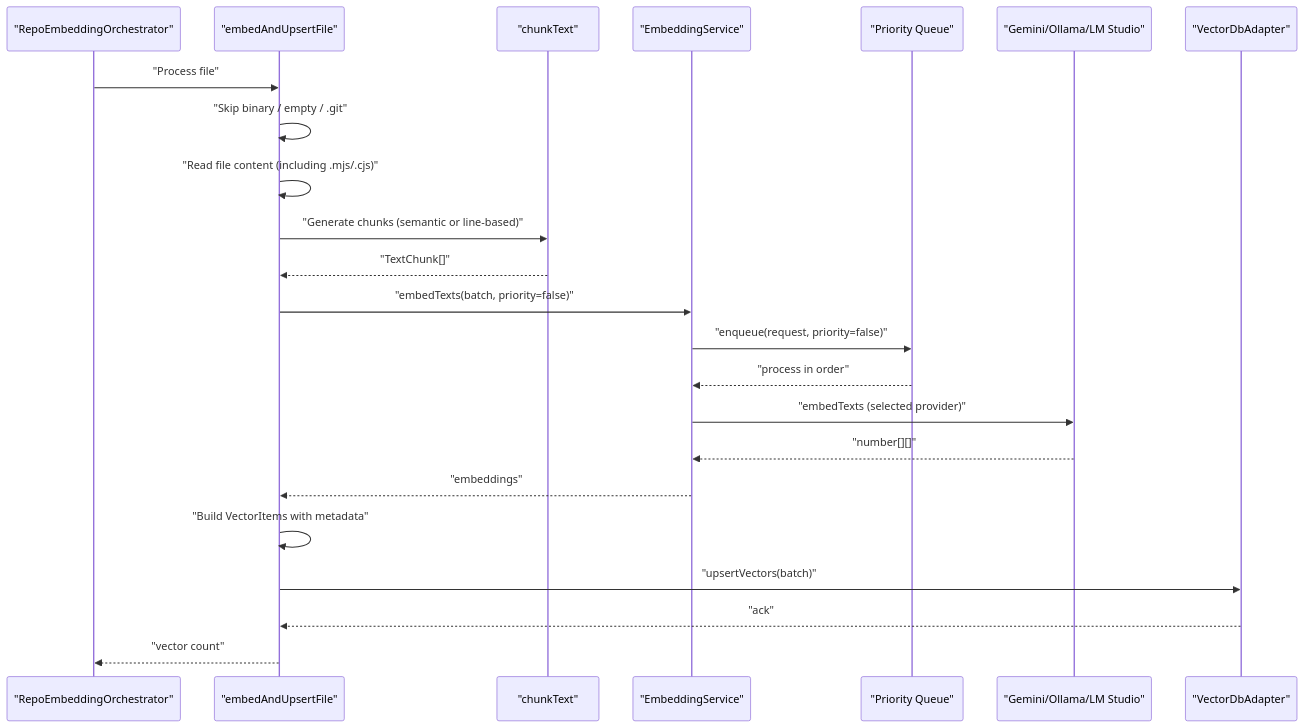
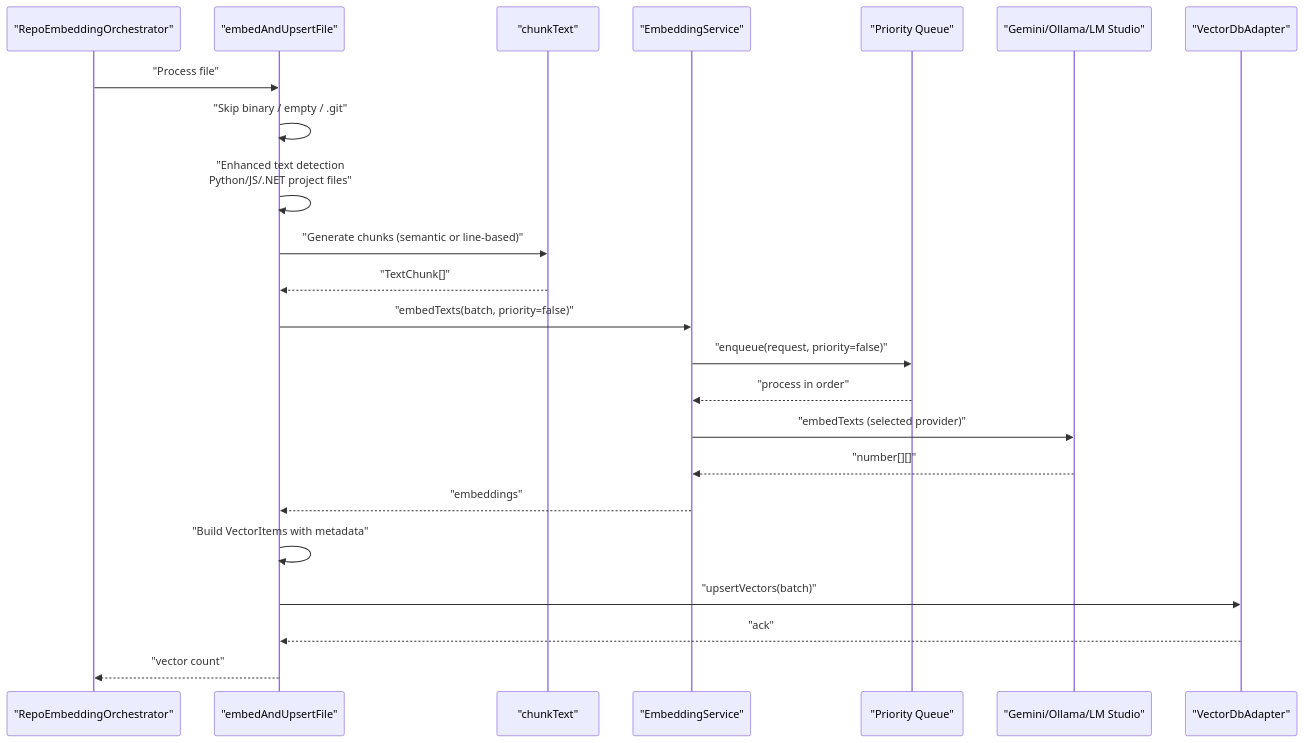
One commit to bramburn/repomix-runner changed the second of 9 diagrams in .qoder/repowiki/en/content/Indexing and Search System/File Embedding Pipeline.md. Above: the diagram before and after it, drawn with Mermaid. The commit also changed other lines of this file and 41 other files, not shown here.

````diff
--- a/.qoder/repowiki/en/content/Indexing and Search System/File Embedding Pipeline.md
+++ b/.qoder/repowiki/en/content/Indexing and Search System/File Embedding Pipeline.md
@@ -181,25 +172,25 @@
 ```mermaid
 sequenceDiagram
 participant Orchestrator as "RepoEmbeddingOrchestrator"
 participant Pipeline as "embedAndUpsertFile"
 participant Chunker as "chunkText"
 participant EmbedSvc as "EmbeddingService"
 participant Queue as "Priority Queue"
 participant Provider as "Gemini/Ollama/LM Studio"
 participant Adapter as "VectorDbAdapter"
 Orchestrator->>Pipeline : "Process file"
 Pipeline->>Pipeline : "Skip binary / empty / .git"
-Pipeline->>Pipeline : "Read file content (including .mjs/.cjs)"
+Pipeline->>Pipeline : "Enhanced text detection<br/>Python/JS/.NET project files"
 Pipeline->>Chunker : "Generate chunks (semantic or line-based)"
 Chunker-->>Pipeline : "TextChunk[]"
 Pipeline->>EmbedSvc : "embedTexts(batch, priority=false)"
 EmbedSvc->>Queue : "enqueue(request, priority=false)"
 Queue-->>EmbedSvc : "process in order"
 EmbedSvc->>Provider : "embedTexts (selected provider)"
 Provider-->>EmbedSvc : "number[][]"
 EmbedSvc-->>Pipeline : "embeddings"
 Pipeline->>Pipeline : "Build VectorItems with metadata"
 Pipeline->>Adapter : "upsertVectors(batch)"
 Adapter-->>Pipeline : "ack"
 Pipeline-->>Orchestrator : "vector count"
 ```
````
